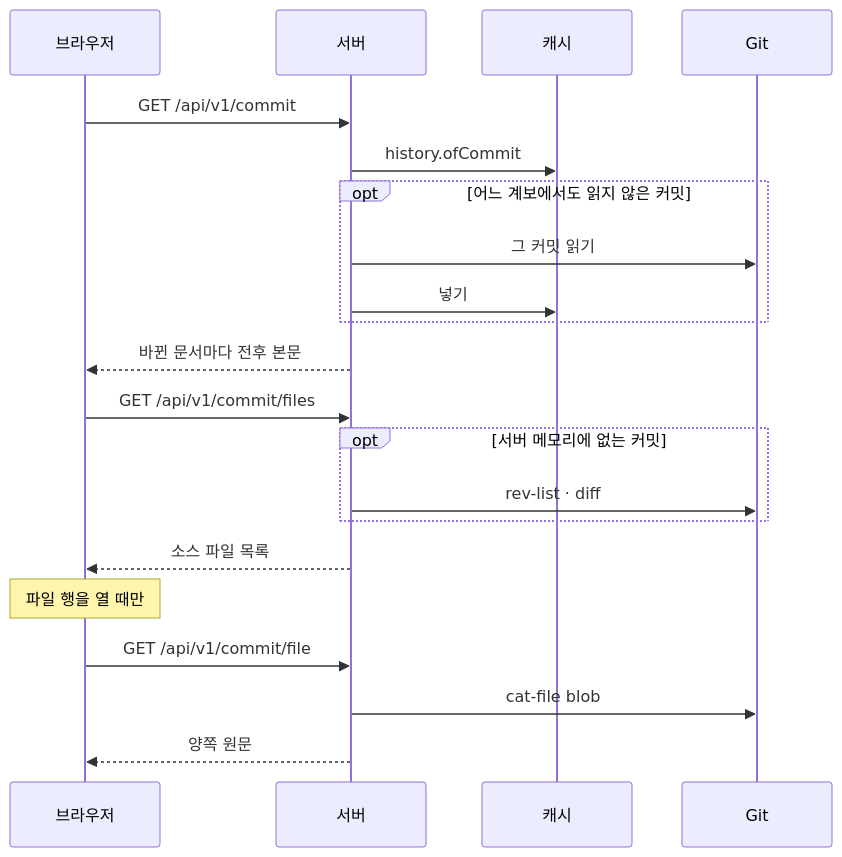
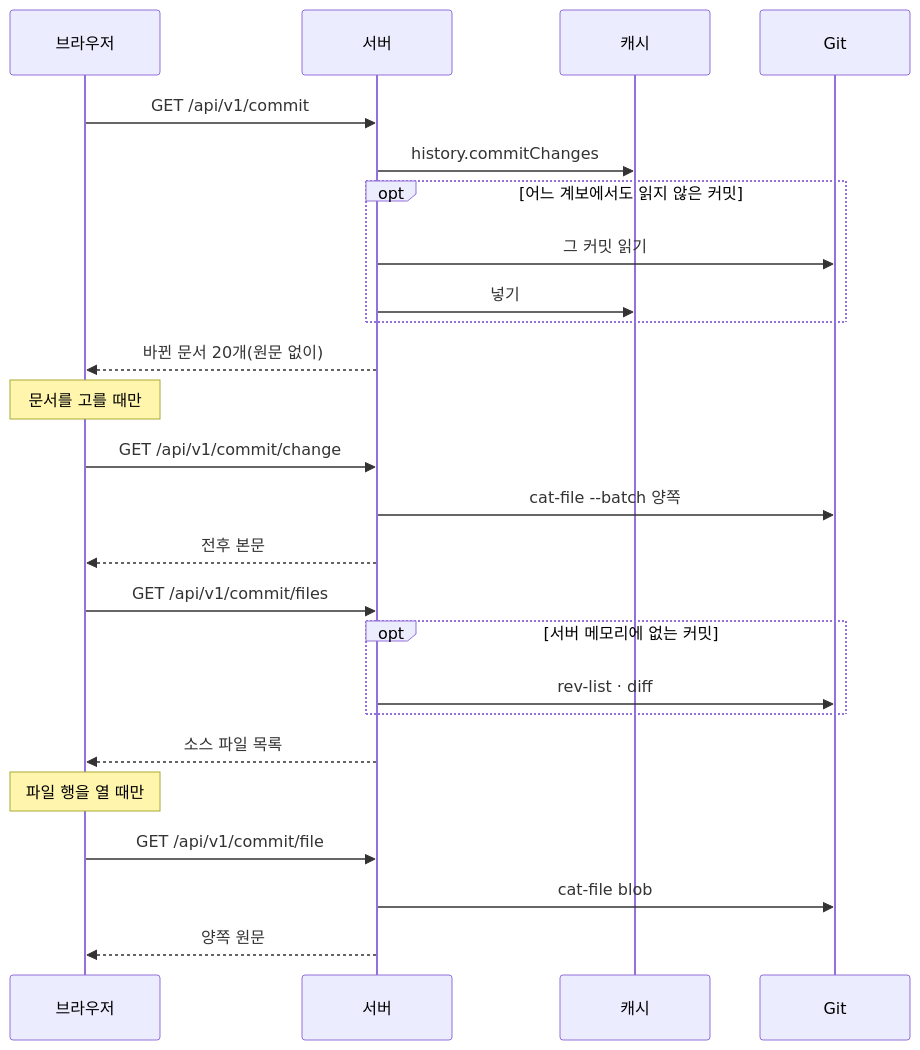
Before and after one commit to dev-goraebap/gitifact: the diagram in .gitifact/spec/browser/design/interface.md, drawn with Mermaid. The commit also changed other lines of this file and 109 other files, not shown here.

````diff
--- a/.gitifact/spec/browser/design/interface.md
+++ b/.gitifact/spec/browser/design/interface.md
@@ -73,23 +77,27 @@
 ```mermaid
 sequenceDiagram
   participant B as 브라우저
   participant S as 서버
   participant C as 캐시
   participant G as Git
   B->>S: GET /api/v1/commit
-  S->>C: history.ofCommit
+  S->>C: history.commitChanges
   opt 어느 계보에서도 읽지 않은 커밋
     S->>G: 그 커밋 읽기
     S->>C: 넣기
   end
-  S-->>B: 바뀐 문서마다 전후 본문
+  S-->>B: 바뀐 문서 20개(원문 없이)
+  Note over B: 문서를 고를 때만
+  B->>S: GET /api/v1/commit/change
+  S->>G: cat-file --batch 양쪽
+  S-->>B: 전후 본문
   B->>S: GET /api/v1/commit/files
   opt 서버 메모리에 없는 커밋
     S->>G: rev-list · diff
   end
   S-->>B: 소스 파일 목록
   Note over B: 파일 행을 열 때만
   B->>S: GET /api/v1/commit/file
   S->>G: cat-file blob
   S-->>B: 양쪽 원문
 ```
````
